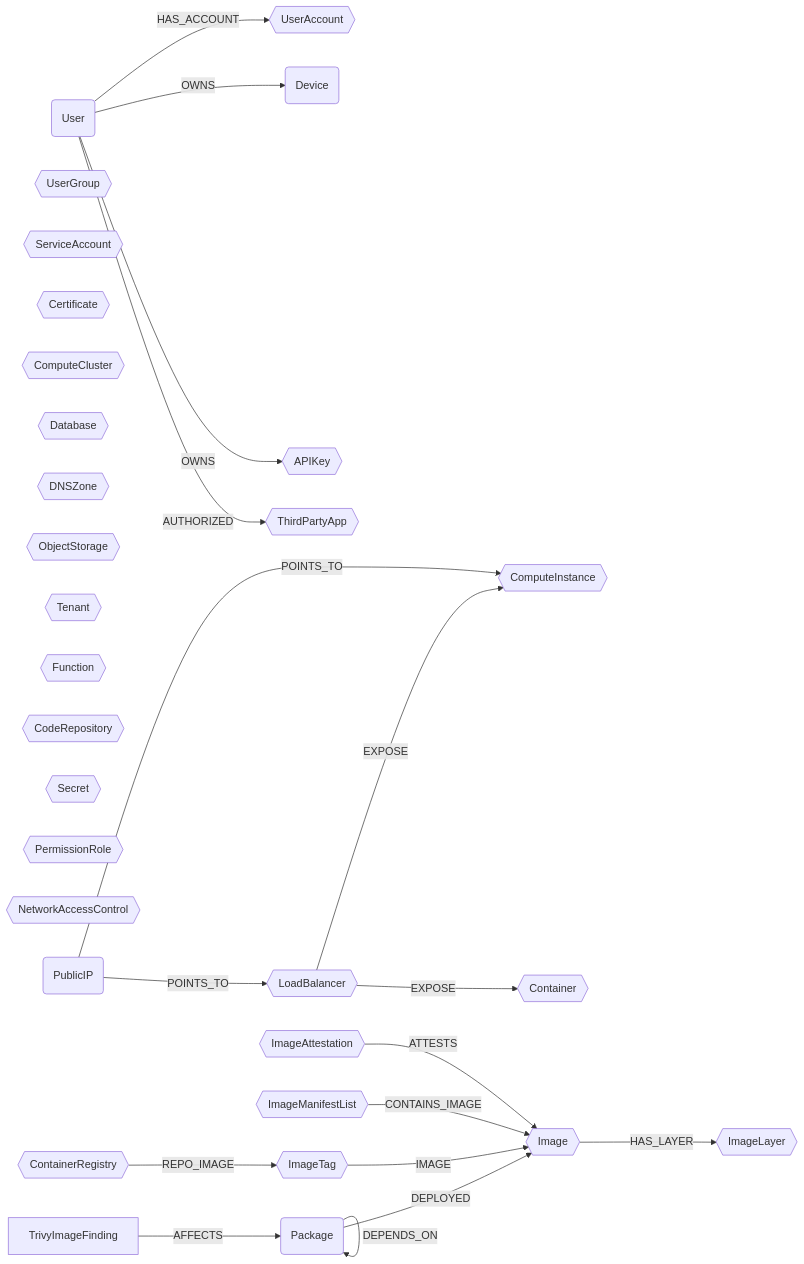
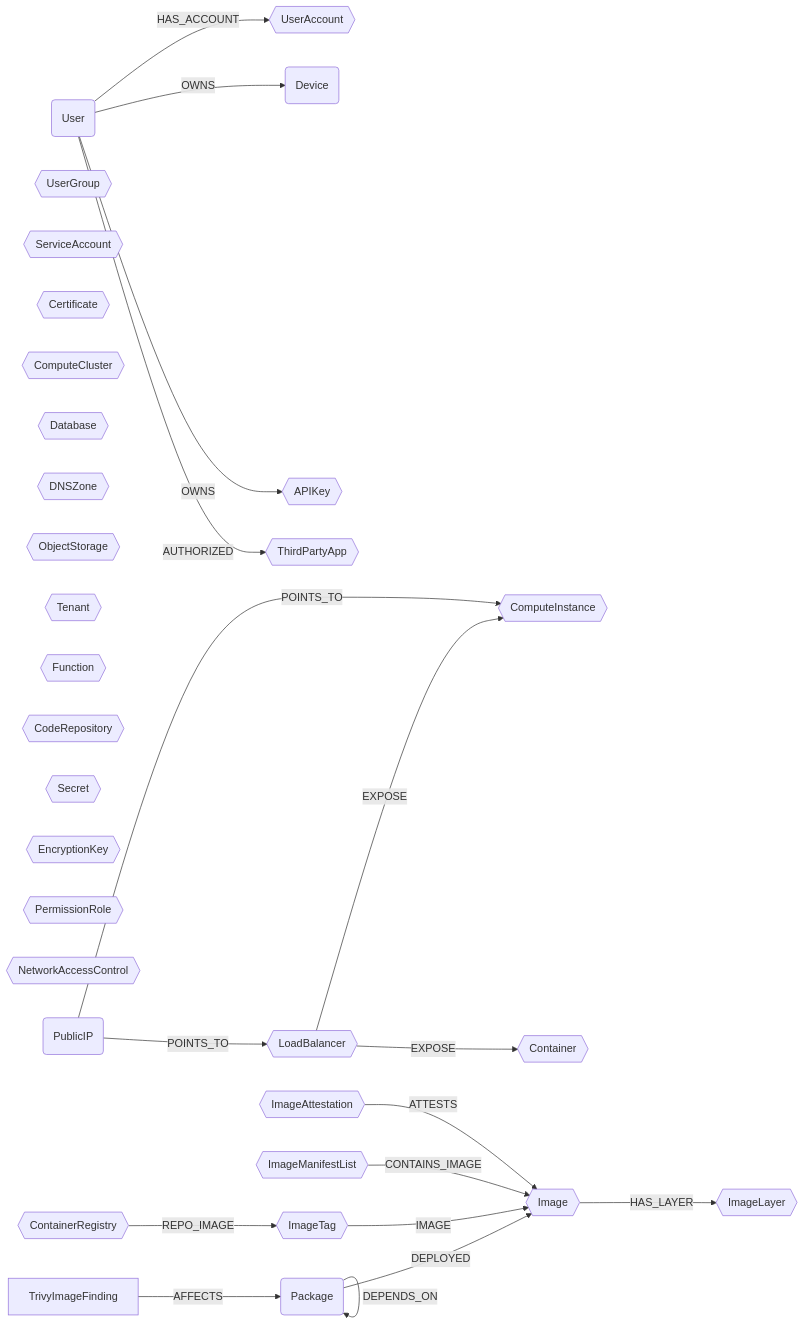
The diagram in docs/root/modules/ontology/schema.md (sec-js/cartography), drawn with Mermaid before and after one commit. The commit also changed other lines of this file and 8 other files, not shown here.

First line of the commit message:
feat(ontology): add EncryptionKey semantic label for cross-cloud key queries (#2594)

````diff
--- a/docs/root/modules/ontology/schema.md
+++ b/docs/root/modules/ontology/schema.md
@@ -6,33 +6,34 @@
 ```mermaid
 graph LR
 
 U(User) -- HAS_ACCOUNT --> UA{{UserAccount}}
 U -- OWNS --> CC(Device)
 U -- OWNS --> AK{{APIKey}}
 U -- AUTHORIZED --> OA{{ThirdPartyApp}}
 UG{{UserGroup}}
 SA{{ServiceAccount}}
 CERT{{Certificate}}
 LB{{LoadBalancer}} -- EXPOSE --> CI{{ComputeInstance}}
 LB{{LoadBalancer}} -- EXPOSE --> CT{{Container}}
 CL{{ComputeCluster}}
 DB{{Database}}
 DZ{{DNSZone}}
 OS{{ObjectStorage}}
 TN{{Tenant}}
 FN{{Function}}
 REPO{{CodeRepository}}
 SC{{Secret}}
+EK{{EncryptionKey}}
 PR{{PermissionRole}}
 NAC{{NetworkAccessControl}}
 PIP(PublicIP) -- POINTS_TO --> LB
 PIP -- POINTS_TO --> CI
 PKG(Package) -- DEPLOYED --> IM{{Image}}
 PKG -- DEPENDS_ON --> PKG
 F[TrivyImageFinding] -- AFFECTS --> PKG
 CR{{ContainerRegistry}} -- REPO_IMAGE --> IT{{ImageTag}}
 IT -- IMAGE --> IM
 IML{{ImageManifestList}} -- CONTAINS_IMAGE --> IM
 IA{{ImageAttestation}} -- ATTESTS --> IM
 IM -- HAS_LAYER --> IL{{ImageLayer}}
 ```
````
